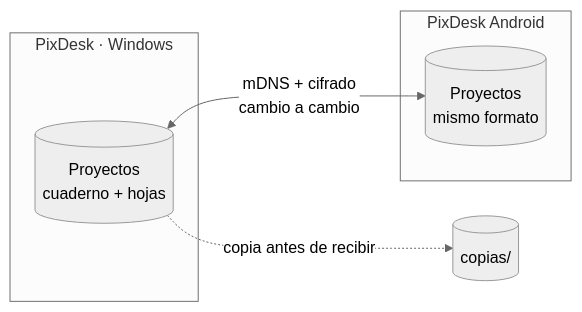
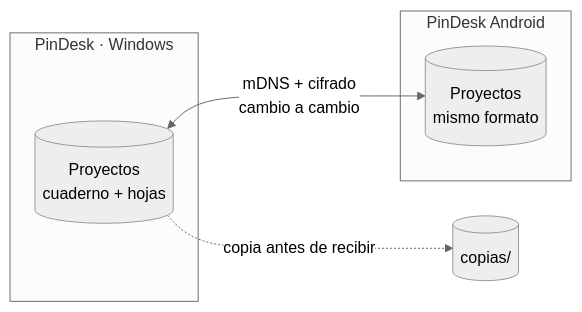
Before and after one commit to 1xmanMAX/PIXPIN_PRO_WINDOWS: the third of 4 diagrams in README.md, drawn with Mermaid (neutral theme). The commit also changed other lines of this file and 225 other files, not shown here.

First line of the commit message:
El nombre definitivo es PinDesk (reservado en Microsoft Store), no PixDesk

````diff
--- a/README.md
+++ b/README.md
@@ -619,11 +619,11 @@
 ```mermaid
 flowchart LR
-    subgraph PC[PixDesk · Windows]
+    subgraph PC[PinDesk · Windows]
       A[(Proyectos<br/>cuaderno + hojas)]
     end
-    subgraph Movil[PixDesk Android]
+    subgraph Movil[PinDesk Android]
       B[(Proyectos<br/>mismo formato)]
     end
     A <-->|mDNS + cifrado<br/>cambio a cambio| B
     A -.->|copia antes de recibir| C[(copias/)]
 ```
````
